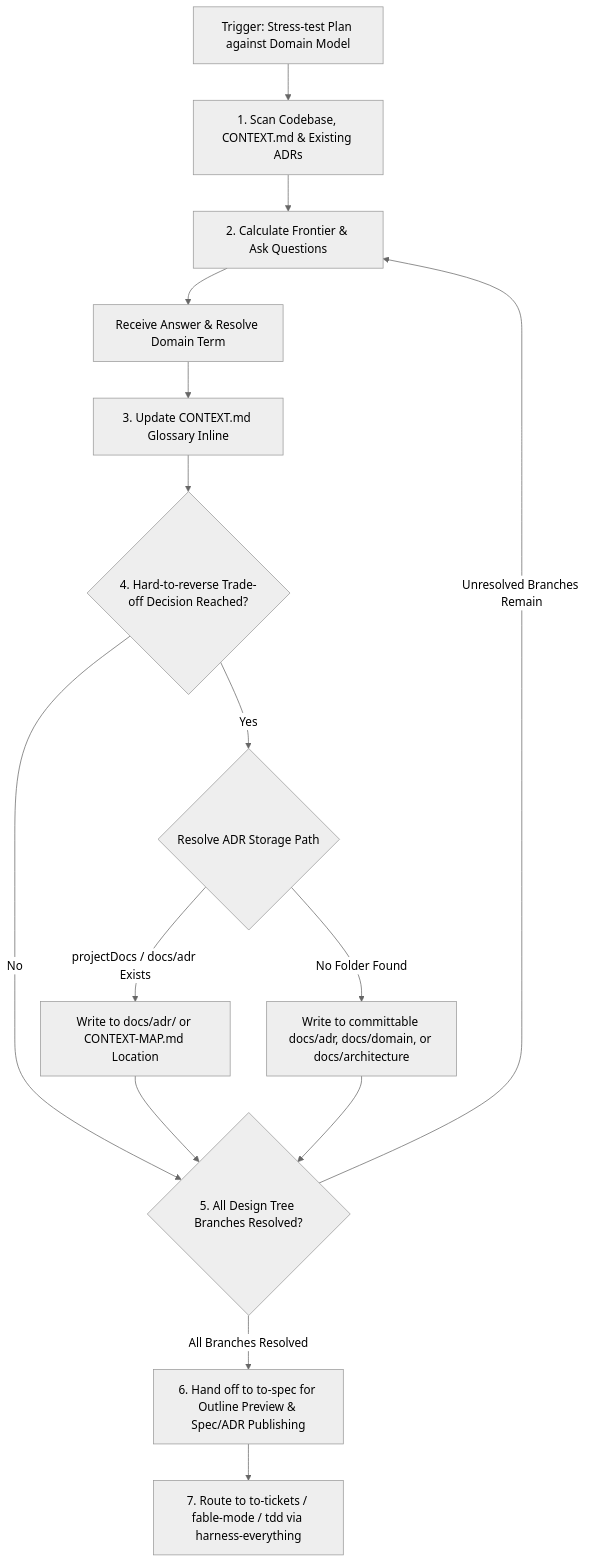
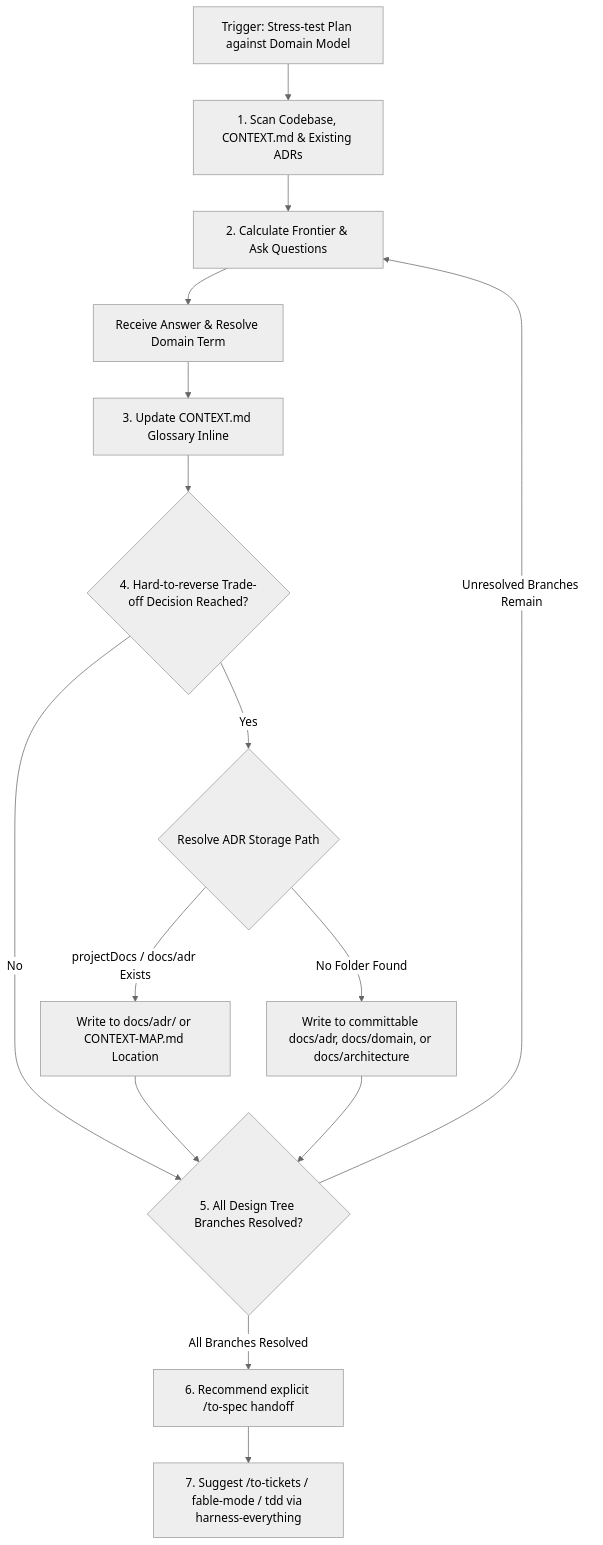
Before and after one commit to dyphn1/Harness-everything: the diagram in grill-with-docs/references/session-playbook.md, drawn with Mermaid (neutral theme). The commit also changed other lines of this file, not shown here.

Commit message:
docs(grill): preserve explicit publication gate

````diff
--- a/grill-with-docs/references/session-playbook.md
+++ b/grill-with-docs/references/session-playbook.md
@@ -5,24 +5,24 @@
 ```mermaid
 flowchart TD
     Start[Trigger: Stress-test Plan against Domain Model] --> Scan[1. Scan Codebase, CONTEXT.md & Existing ADRs]
     Scan --> Frontier[2. Calculate Frontier & Ask Questions]
 
     Frontier --> Answer[Receive Answer & Resolve Domain Term]
     Answer --> UpdateGlossary[3. Update CONTEXT.md Glossary Inline]
 
     UpdateGlossary --> CheckADR{4. Hard-to-reverse Trade-off Decision Reached?}
 
     CheckADR -- Yes --> ResolvePath{Resolve ADR Storage Path}
     CheckADR -- No --> CheckMore
 
     ResolvePath -- projectDocs / docs/adr Exists --> WriteMain[Write to docs/adr/ or CONTEXT-MAP.md Location]
     ResolvePath -- No Folder Found --> WriteFallback[Write to committable docs/adr, docs/domain, or docs/architecture]
 
     WriteMain --> CheckMore{5. All Design Tree Branches Resolved?}
     WriteFallback --> CheckMore
 
     CheckMore -- Unresolved Branches Remain --> Frontier
-    CheckMore -- All Branches Resolved --> ToSpec[6. Hand off to to-spec for Outline Preview & Spec/ADR Publishing]
+    CheckMore -- All Branches Resolved --> ToSpec[6. Recommend explicit /to-spec handoff]
 
-    ToSpec --> Execution[7. Route to to-tickets / fable-mode / tdd via harness-everything]
+    ToSpec --> Execution[7. Suggest /to-tickets / fable-mode / tdd via harness-everything]
 ```
````
